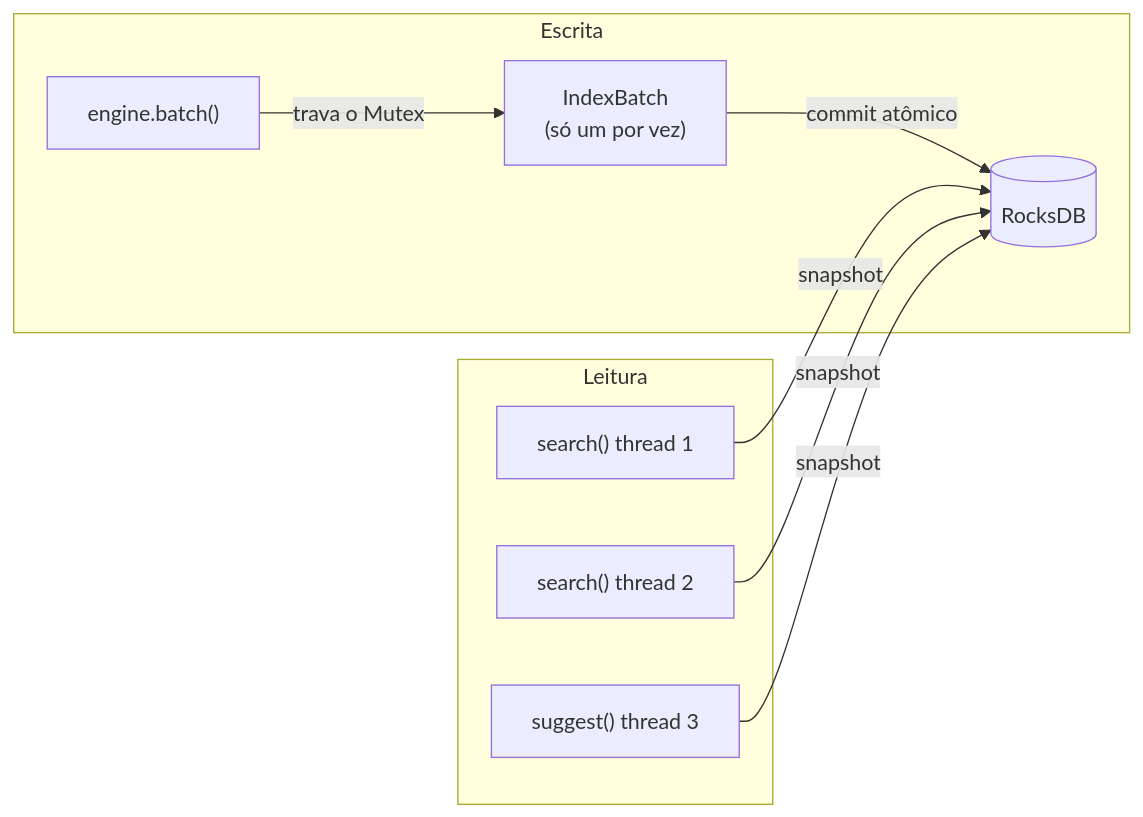
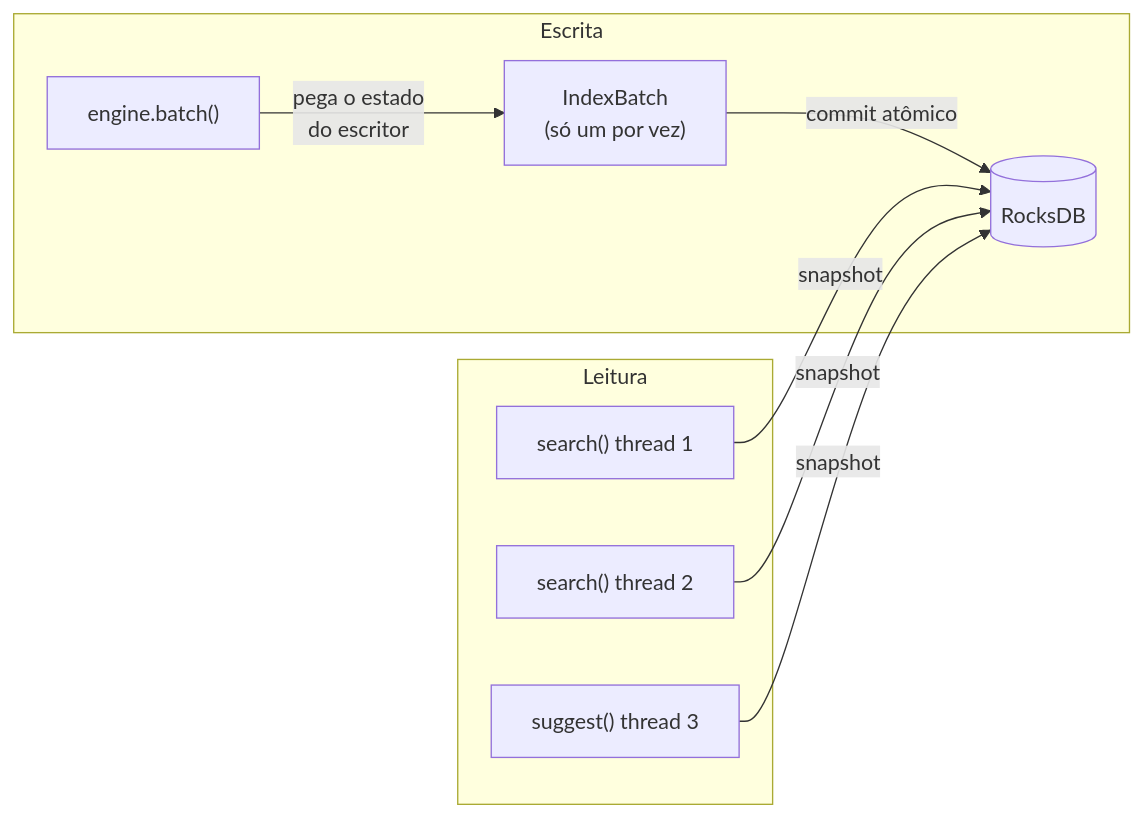
The eighth of 10 diagrams in docs/como-funciona.md (evertondays/fire-flower), drawn with Mermaid before and after one commit. The commit also changed other lines of this file and 9 other files, not shown here.

````diff
--- a/docs/como-funciona.md
+++ b/docs/como-funciona.md
@@ -978,12 +978,12 @@
 ```mermaid
 flowchart LR
     subgraph Escrita
-        B1["engine.batch()"] -->|"trava o Mutex"| W["IndexBatch<br/>(só um por vez)"]
+        B1["engine.batch()"] -->|"pega o estado<br/>do escritor"| W["IndexBatch<br/>(só um por vez)"]
         W -->|"commit atômico"| DB[("RocksDB")]
     end
     subgraph Leitura
         S1["search() thread 1"] -->|snapshot| DB
         S2["search() thread 2"] -->|snapshot| DB
         S3["suggest() thread 3"] -->|snapshot| DB
     end
 ```
````
